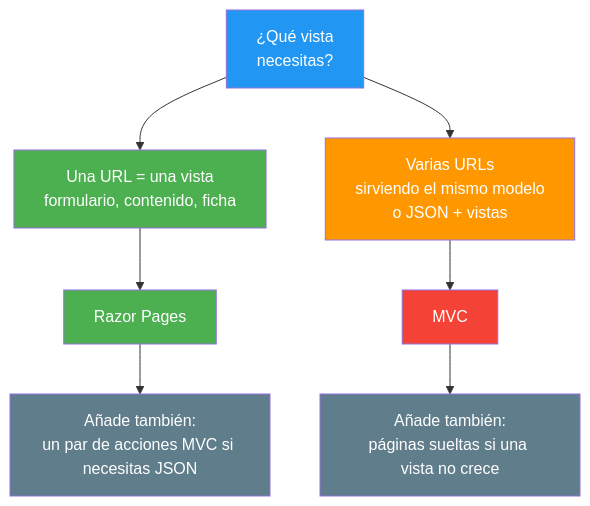
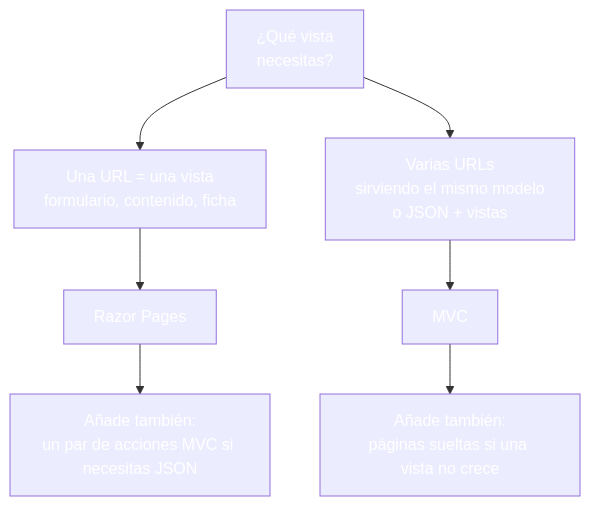
Before and after one commit to joseluisgs/DesarrolloWebEntornosServidor-03-2026-2027: the second of 4 diagrams in 12-mvc-vs-razorpages.md, drawn with Mermaid. The commit also changed other lines of this file and 30 other files, not shown here.

````diff
--- a/12-mvc-vs-razorpages.md
+++ b/12-mvc-vs-razorpages.md
@@ -76,16 +76,16 @@
 ```mermaid
 graph TD
     A["¿Qué vista<br/>necesitas?"] --> B["Una URL = una vista<br/>formulario, contenido, ficha"]
     A --> C["Varias URLs<br/>sirviendo el mismo modelo<br/>o JSON + vistas"]
     B --> D["Razor Pages"]
     C --> E["MVC"]
     D --> F["Añade también:<br/>un par de acciones MVC si necesitas JSON"]
     E --> G["Añade también:<br/>páginas sueltas si una vista no crece"]
-    style A fill:#2196F3,color:#fff
-    style B fill:#4CAF50,color:#fff
-    style C fill:#FF9800,color:#fff
-    style D fill:#4CAF50,color:#fff
-    style E fill:#f44336,color:#fff
-    style F fill:#607D8B,color:#fff
-    style G fill:#607D8B,color:#fff
+    style A fill:#2196F,color:#fff3,color:#fff
+    style B fill:#4CAF5,color:#fff0,color:#fff
+    style C fill:#FF980,color:#fff0,color:#fff
+    style D fill:#4CAF5,color:#fff0,color:#fff
+    style E fill:#f4433,color:#fff6,color:#fff
+    style F fill:#607D8,color:#fffB,color:#fff
+    style G fill:#607D8,color:#fffB,color:#fff
 ```
````
